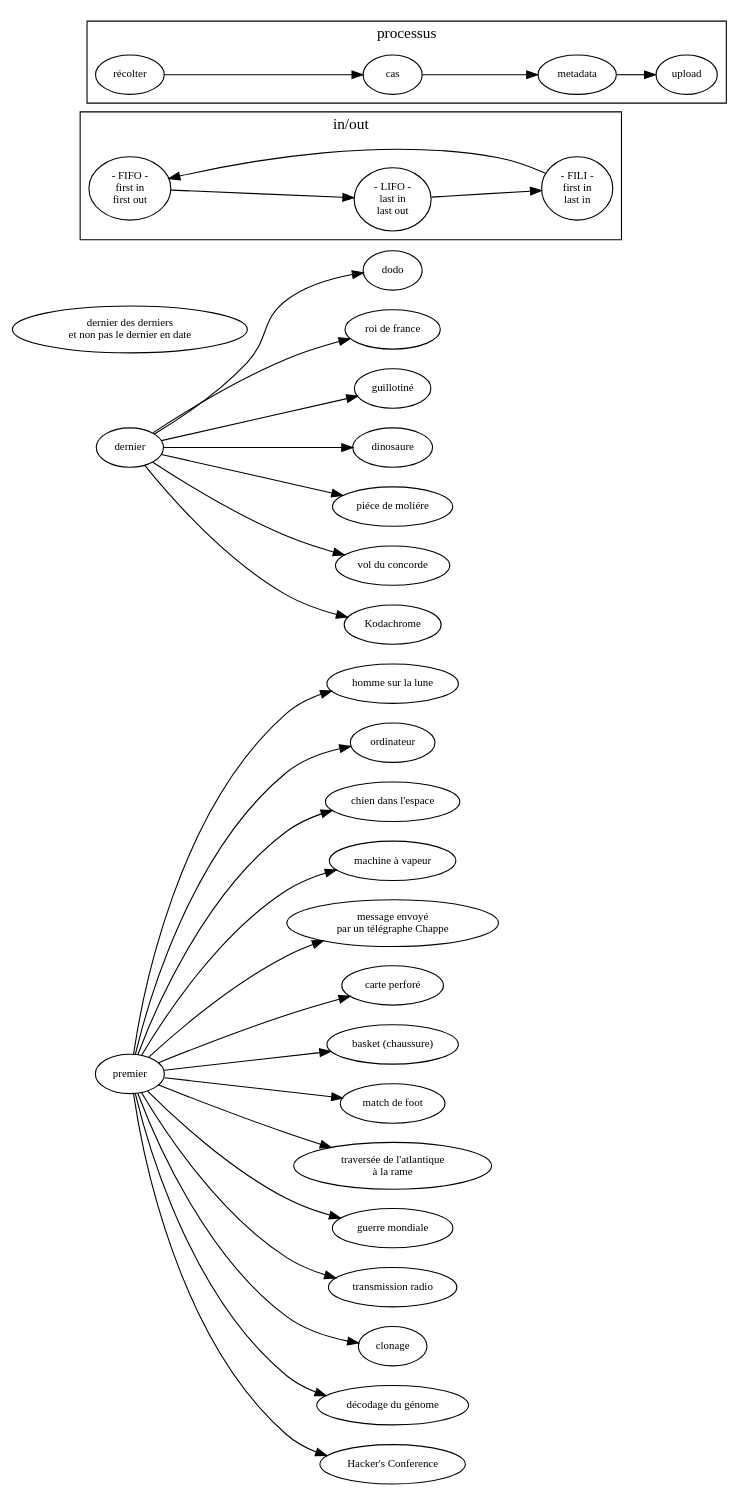
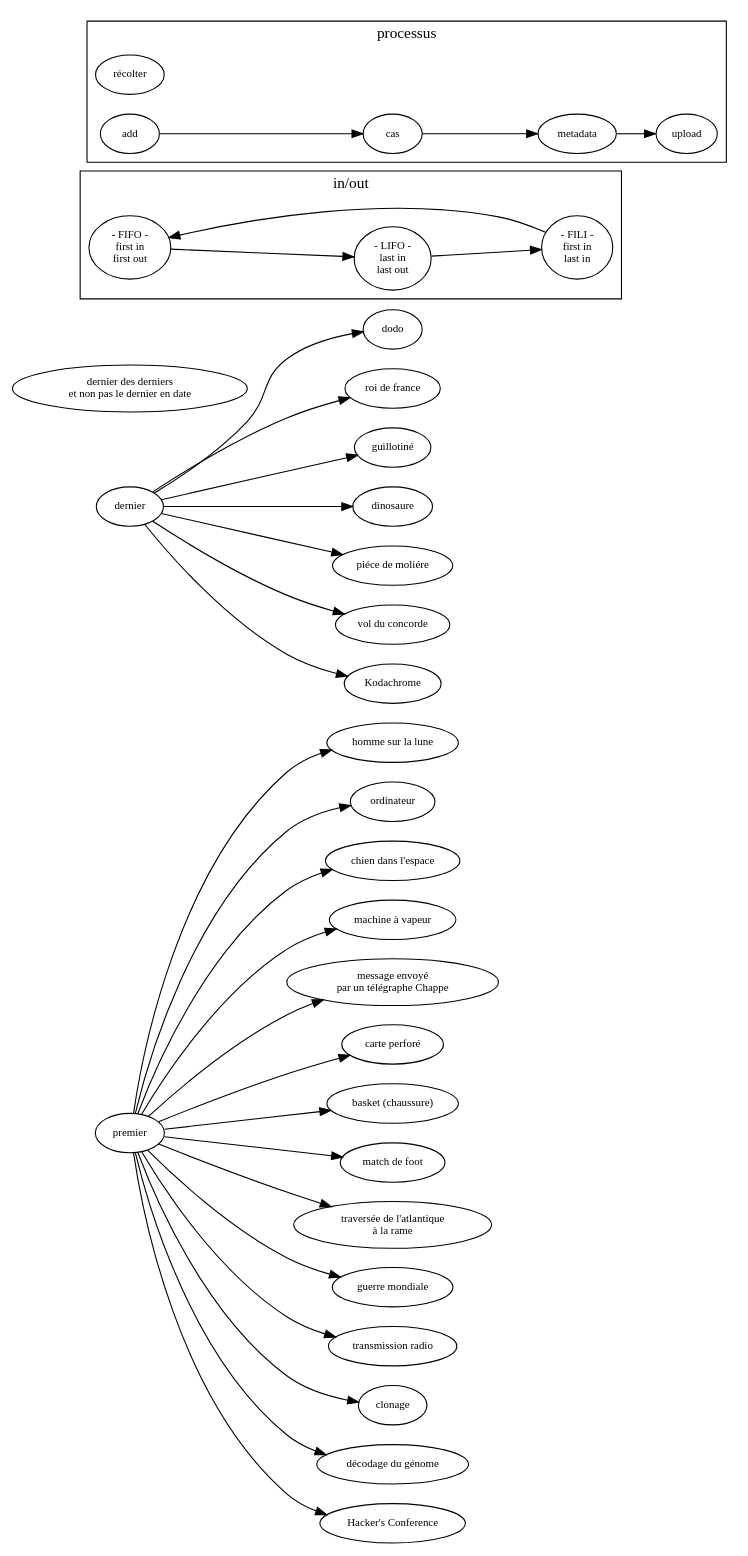
One commit to ensad-nancy/first-last changed the diagram in sujet.dot. Above: the diagram before and after it, drawn with Graphviz.

Commit message:
+		add -> cas -> metadata -> upload +

```diff
--- a/sujet.dot
+++ b/sujet.dot
@@ -1,63 +1,64 @@
 digraph {
 
 	layout= "dot"
 	
 
 	fontname="myriadpro"
 	fontsize = 14
 	rankdir="LR"
 	
 	
 	node [fontname="myriadpro", fontsize = 10]
 	edge [fontname="monaco", fontsize = 9]
 	
 	first [label="premier"]
 	last [label="dernier"]
 	
 	"dernier des derniers\n et non pas le dernier en date" 
 
 	first -> "homme sur la lune"
 	first -> "ordinateur"
 	first -> "chien dans l'espace"
 	first -> "machine à vapeur"
 	first -> "message envoyé\npar un télégraphe Chappe"
 	first -> "carte perforé"
 	first -> "basket (chaussure)"
 	first -> "match de foot"
 	first -> "traversée de l'atlantique\nà la rame"
 	first -> "guerre mondiale"
 	first -> "transmission radio"
 	first -> "clonage"
 	first -> "décodage du génome"
 	first -> "Hacker's Conference"
 	
 	last -> dodo
 	last -> "roi de france"
 	last -> "guillotiné"
 	last -> "dinosaure"
 	last -> "piéce de moliére"
 	last -> "vol du concorde"
 	last -> "Kodachrome"
 
 	subgraph cluster_FO{
 	
 		label="in/out"
 		
 		FIFO [label="- FIFO -\nfirst in\nfirst out"]
 		LIFO [label="- LIFO -\nlast in\nlast out"]
 		FILI [label="- FILI -\nfirst in\n last in"]
 
 		FILI -> FIFO -> LIFO -> FILI
 	}
 	
 	subgraph cluster_process {
 		
 		label="processus"
 		
 		get [label="récolter"]
 		
-		get -> cas -> metadata -> upload
+		add -> cas -> metadata -> upload
+		
 	
 	}
 	
 }
```
